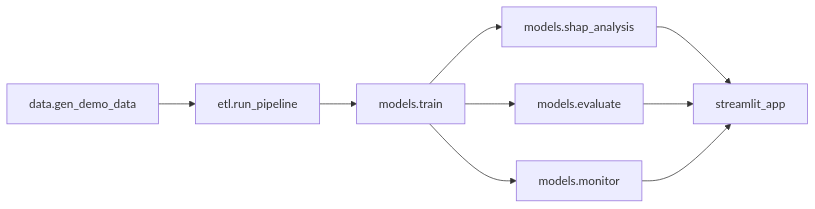
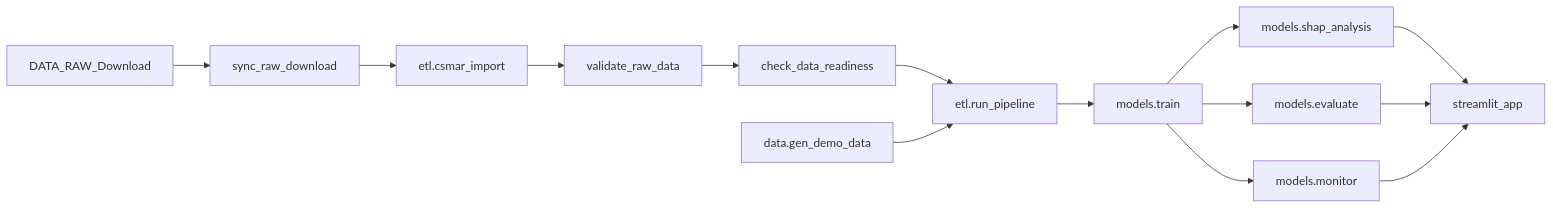
Before and after one commit to yohoten/financial-risk-warning-platform: the second of 2 diagrams in README.md, drawn with Mermaid. The commit also changed other lines of this file, not shown here.

````diff
--- a/README.md
+++ b/README.md
@@ -162,11 +201,16 @@
 ```mermaid
 flowchart LR
-    A[data.gen_demo_data] --> B[etl.run_pipeline]
+    RAW[DATA_RAW_Download] --> S[sync_raw_download]
+    S --> IMP[etl.csmar_import]
+    IMP --> V[validate_raw_data]
+    V --> RD[check_data_readiness]
+    RD --> B[etl.run_pipeline]
+    DEMO[data.gen_demo_data] --> B
     B --> C[models.train]
     C --> D[models.evaluate]
     C --> E[models.shap_analysis]
     E --> F[streamlit_app]
     D --> F
     C --> G[models.monitor]
     G --> F
 ```
````
